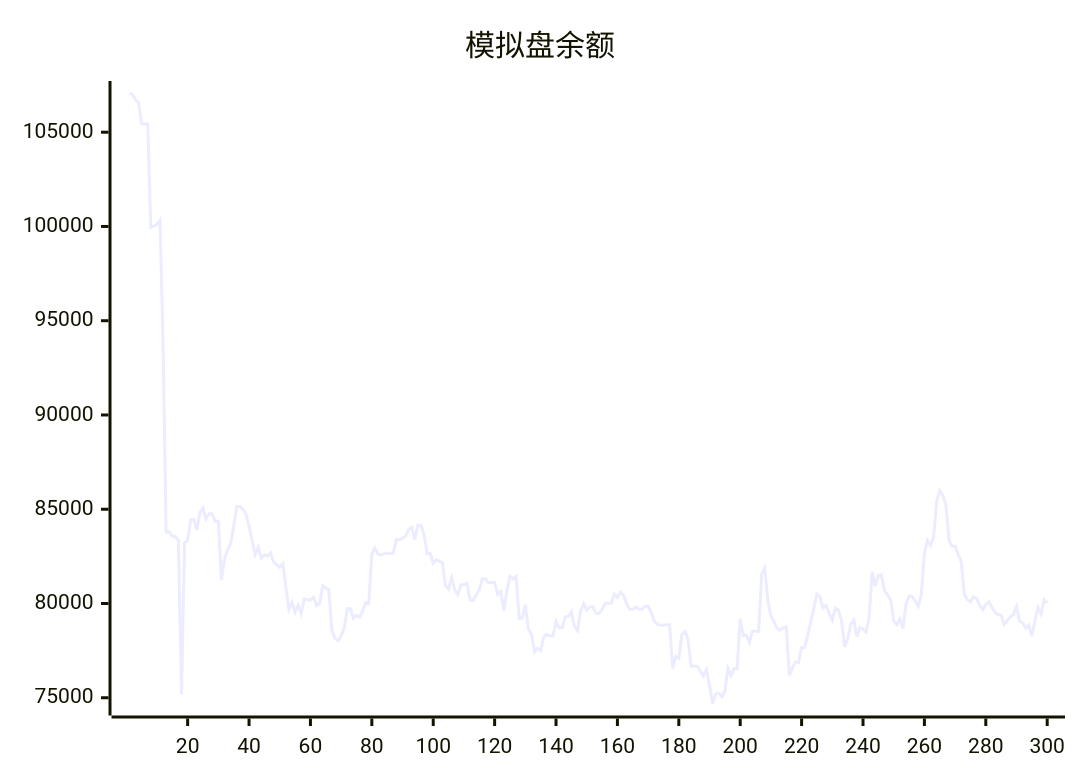
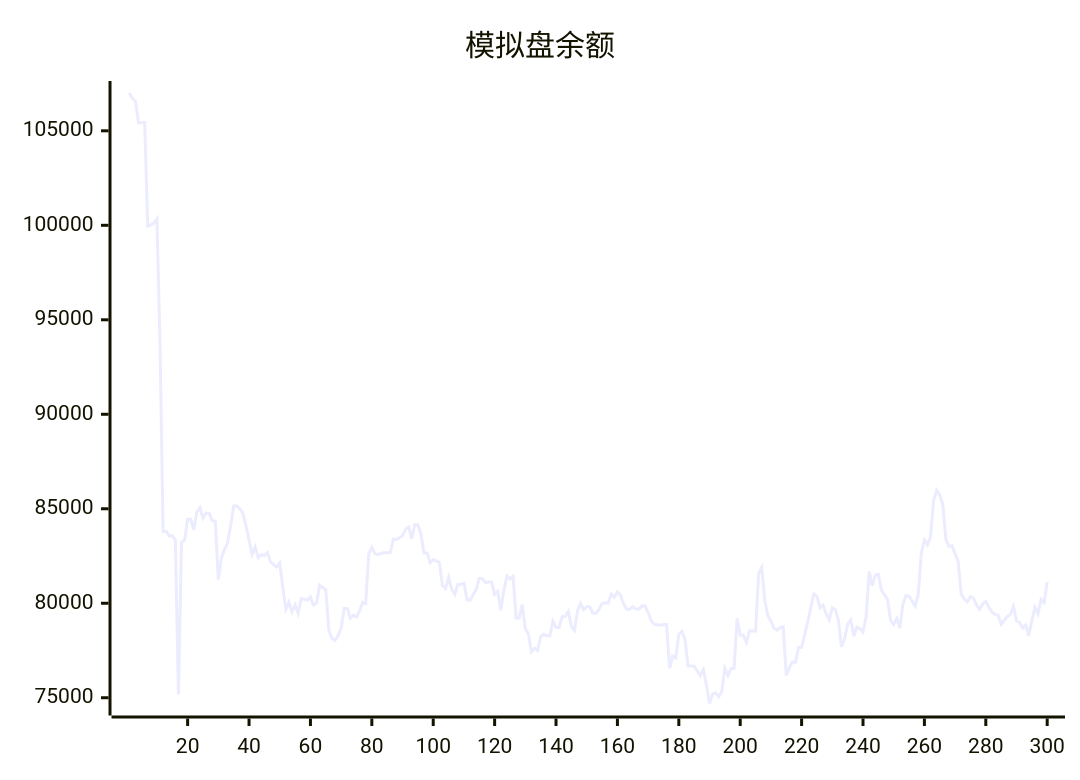
One commit to aahl/ai-trading changed the diagram in README.md. Above: the diagram before and after it, drawn with Mermaid. The commit also changed other lines of this file and 1 other file, not shown here.

````diff
--- a/README.md
+++ b/README.md
@@ -5,5 +5,5 @@
 ```mermaid
 xychart
     title "模拟盘余额"
-    line [107080,107001,106717,106567,105431,105431,105440,99950,100017,100113,100337,93749,83795,83807,83567,83567,83342,75168,83222,83336,84448,84449,83896,84839,85065,84499,84757,84757,84364,84347,81254,82385,82835,83184,84099,85150,85150,85002,84751,84096,83356,82582,82983,82404,82572,82512,82688,82200,82047,81920,82125,80840,79688,80060,79552,79920,79470,80236,80208,80170,80336,79894,80006,80954,80837,80712,78561,78139,78037,78293,78682,79720,79720,79214,79372,79279,79591,80046,79993,82625,82950,82626,82571,82633,82670,82670,82681,83386,83378,83464,83579,83920,84037,83402,84160,84142,83652,82655,82655,82145,82315,82243,82163,80934,80770,81371,80742,80468,80989,80989,81067,80191,80155,80450,80737,81309,81309,81106,81119,81119,80471,80631,79624,80670,81448,81290,81429,79212,79222,79940,78643,78380,77432,77623,77504,78235,78358,78284,78277,79048,78714,78714,79290,79308,79567,78763,78563,79603,79988,79652,79813,79813,79476,79469,79673,79995,80015,80015,80486,80314,80600,80436,79966,79689,79689,79819,79692,79692,79850,79850,79518,79071,78889,78850,78850,78878,78878,76554,77202,77103,78357,78510,78106,76678,76677,76672,76411,76159,76485,75656,74695,75197,75246,75052,75334,76564,76179,76553,76551,79196,78300,78300,77944,78531,78531,78521,81564,81884,80160,79335,79055,78675,78580,78708,78764,76179,76586,76902,76876,77658,77669,78346,79023,79769,80497,80366,79761,79896,79448,79126,79749,79658,79097,77695,78114,78888,79126,78249,78738,78653,78478,79271,81680,80923,81488,81527,80681,80455,80190,79084,78879,79193,78686,79954,80403,80374,80118,79848,80491,82665,83351,83098,83525,85430,85983,85737,85221,83378,83014,83043,82613,82216,80477,80208,80081,80348,80277,79894,79670,79965,80093,79786,79542,79406,79371,78893,79087,79304,79406,79841,79072,78978,78696,78846,78272,79085,79787,79442,80198,80031]
+    line [107001,106717,106567,105431,105431,105440,99950,100017,100113,100337,93749,83795,83807,83567,83567,83342,75168,83222,83336,84448,84449,83896,84839,85065,84499,84757,84757,84364,84347,81254,82385,82835,83184,84099,85150,85150,85002,84751,84096,83356,82582,82983,82404,82572,82512,82688,82200,82047,81920,82125,80840,79688,80060,79552,79920,79470,80236,80208,80170,80336,79894,80006,80954,80837,80712,78561,78139,78037,78293,78682,79720,79720,79214,79372,79279,79591,80046,79993,82625,82950,82626,82571,82633,82670,82670,82681,83386,83378,83464,83579,83920,84037,83402,84160,84142,83652,82655,82655,82145,82315,82243,82163,80934,80770,81371,80742,80468,80989,80989,81067,80191,80155,80450,80737,81309,81309,81106,81119,81119,80471,80631,79624,80670,81448,81290,81429,79212,79222,79940,78643,78380,77432,77623,77504,78235,78358,78284,78277,79048,78714,78714,79290,79308,79567,78763,78563,79603,79988,79652,79813,79813,79476,79469,79673,79995,80015,80015,80486,80314,80600,80436,79966,79689,79689,79819,79692,79692,79850,79850,79518,79071,78889,78850,78850,78878,78878,76554,77202,77103,78357,78510,78106,76678,76677,76672,76411,76159,76485,75656,74695,75197,75246,75052,75334,76564,76179,76553,76551,79196,78300,78300,77944,78531,78531,78521,81564,81884,80160,79335,79055,78675,78580,78708,78764,76179,76586,76902,76876,77658,77669,78346,79023,79769,80497,80366,79761,79896,79448,79126,79749,79658,79097,77695,78114,78888,79126,78249,78738,78653,78478,79271,81680,80923,81488,81527,80681,80455,80190,79084,78879,79193,78686,79954,80403,80374,80118,79848,80491,82665,83351,83098,83525,85430,85983,85737,85221,83378,83014,83043,82613,82216,80477,80208,80081,80348,80277,79894,79670,79965,80093,79786,79542,79406,79371,78893,79087,79304,79406,79841,79072,78978,78696,78846,78272,79085,79787,79442,80198,80031,81120]
 ```
````
